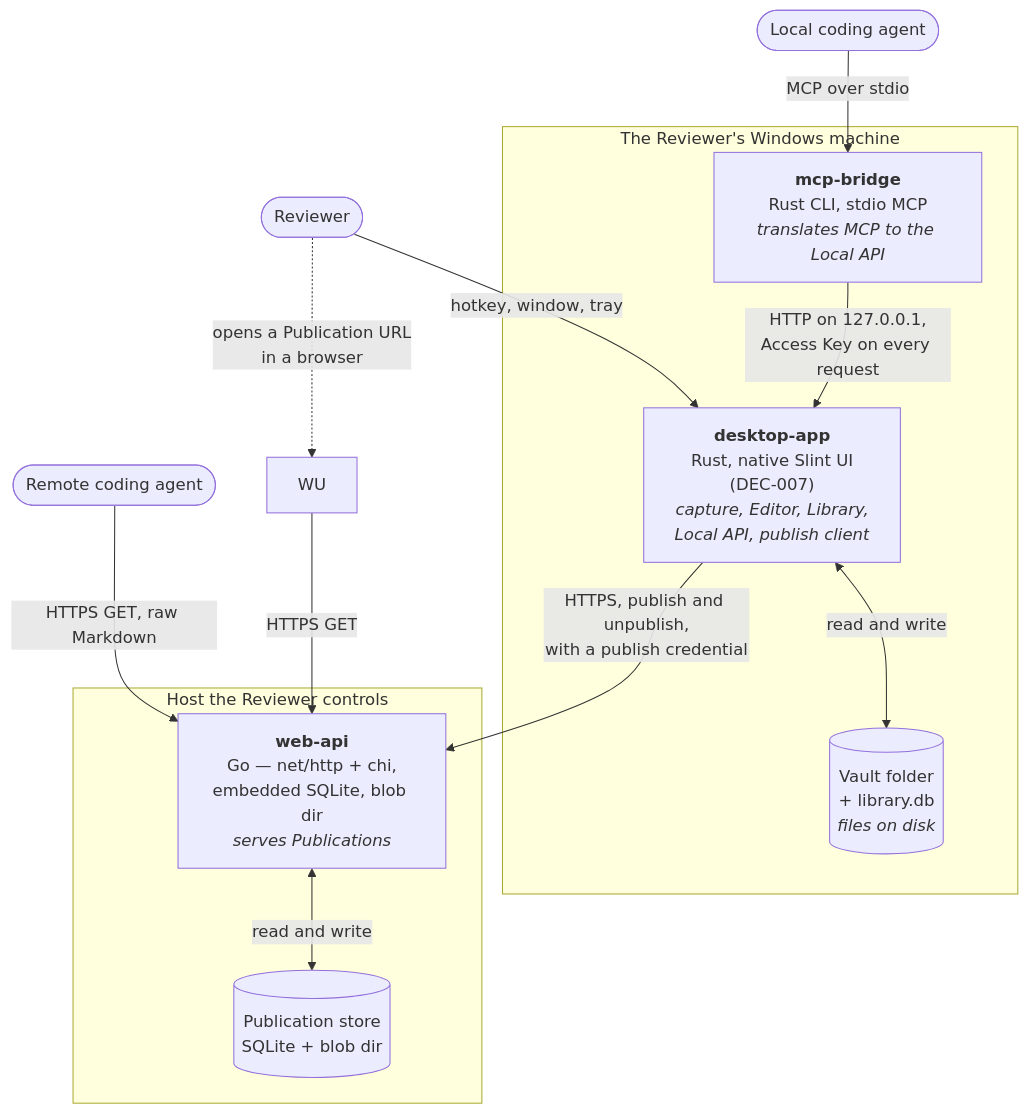
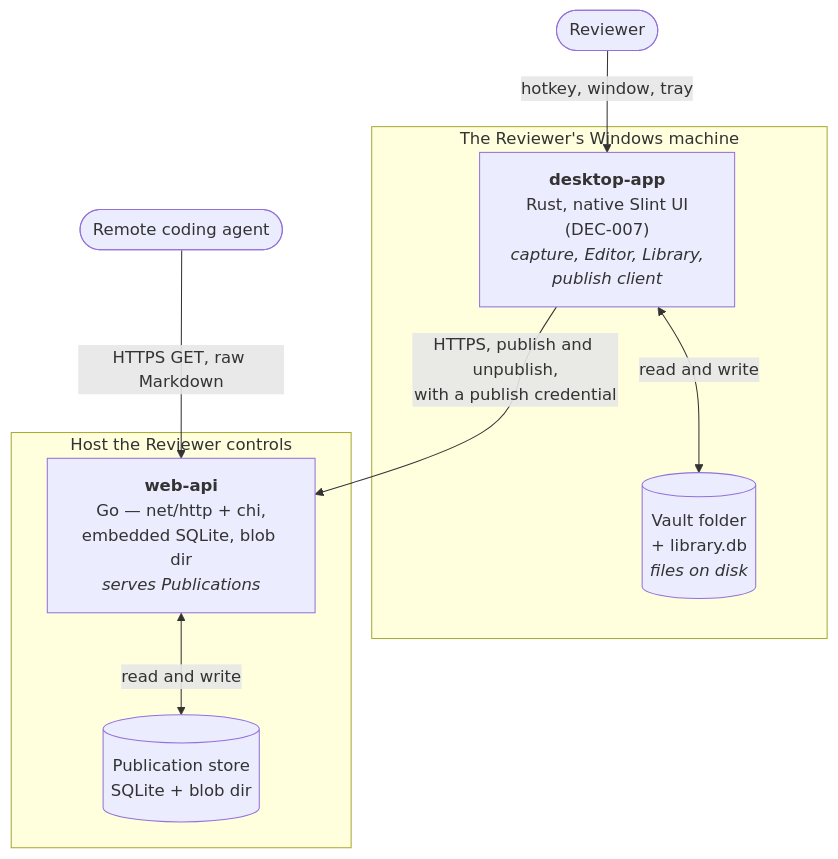
Before and after one commit to wiradigitalid/snapdown: the diagram in .how/_platform/c4-l2-containers.md, drawn with Mermaid. The commit also changed other lines of this file and 49 other files, not shown here.

````diff
--- a/.how/_platform/c4-l2-containers.md
+++ b/.how/_platform/c4-l2-containers.md
@@ -16,27 +16,21 @@
 ```mermaid
 graph TB
     R(["Reviewer"])
-    LA(["Local coding agent"])
     RA(["Remote coding agent"])
 
     subgraph MACHINE["The Reviewer's Windows machine"]
-        DA["<b>desktop-app</b><br/>Rust, native Slint UI<br/>(DEC-007)<br/><i>capture, Editor, Library,<br/>Local API, publish client</i>"]
-        MB["<b>mcp-bridge</b><br/>Rust CLI, stdio MCP<br/><i>translates MCP to the Local API</i>"]
+        DA["<b>desktop-app</b><br/>Rust, native Slint UI<br/>(DEC-007)<br/><i>capture, Editor, Library,<br/>publish client</i>"]
         VAULT[("Vault folder<br/>+ library.db<br/><i>files on disk</i>")]
     end
 
     subgraph HOST["Host the Reviewer controls"]
         WA["<b>web-api</b><br/>Go — net/http + chi,<br/>embedded SQLite, blob dir<br/><i>serves Publications</i>"]
         WSTORE[("Publication store<br/>SQLite + blob dir")]
     end
 
     R -->|"hotkey, window, tray"| DA
-    LA -->|"MCP over stdio"| MB
-    MB -->|"HTTP on 127.0.0.1,<br/>Access Key on every request"| DA
     DA <-->|"read and write"| VAULT
     DA -->|"HTTPS, publish and unpublish,<br/>with a publish credential"| WA
     WA <-->|"read and write"| WSTORE
     RA -->|"HTTPS GET, raw Markdown"| WA
-    R -.->|"opens a Publication URL<br/>in a browser"| WU
-    WU -->|"HTTPS GET"| WA
 ```
````
